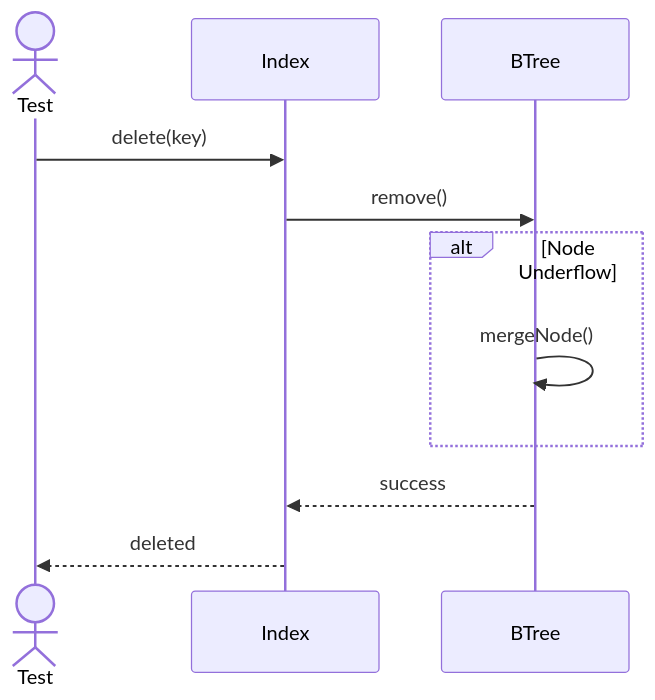
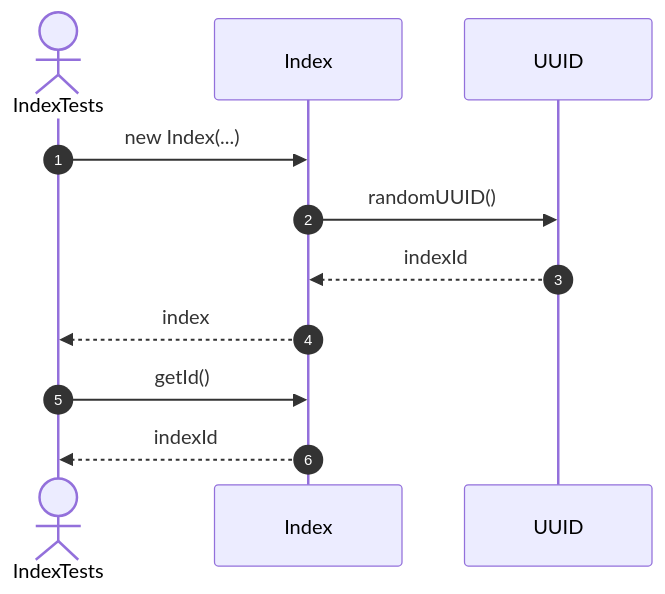
The second of 15 diagrams in src/tests/unit/metadata/sequences/indexs-testing.se.md (FhuAnn/-bbv-AN-s-DBMS), drawn with Mermaid before and after one commit. The commit also changed other lines of this file and 60 other files, not shown here.

Commit message:
refactor data table, row, column, constraint, index test file

````diff
--- a/src/tests/unit/metadata/sequences/indexs-testing.se.md
+++ b/src/tests/unit/metadata/sequences/indexs-testing.se.md
@@ -68,18 +25,15 @@
 ```mermaid
 sequenceDiagram
-actor Test
-participant Index
-participant BTree
+    autonumber
+    actor Test as IndexTests
+    participant Index as Index
+    participant UUID as UUID
 
-Test->>Index: delete(key)
+    Test->>Index: new Index(...)
+    Index->>UUID: randomUUID()
+    UUID-->>Index: indexId
+    Index-->>Test: index
 
-Index->>BTree: remove()
-
-alt Node Underflow
-    BTree->>BTree: mergeNode()
-end
-
-BTree-->>Index: success
-
-Index-->>Test: deleted
+    Test->>Index: getId()
+    Index-->>Test: indexId
 ```
````
